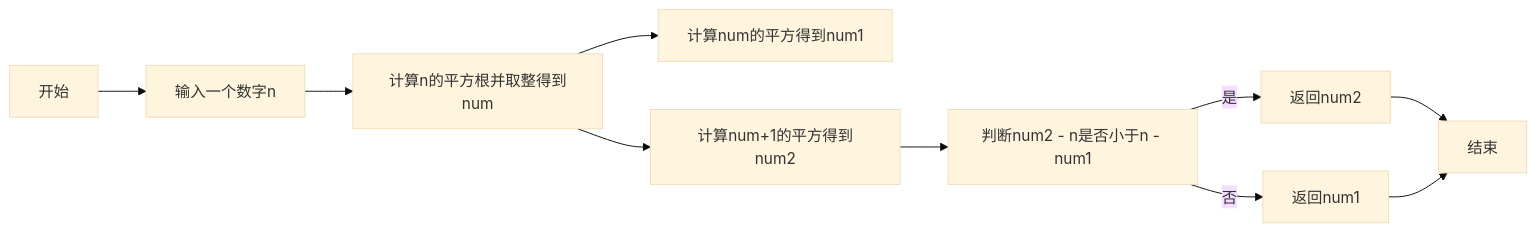
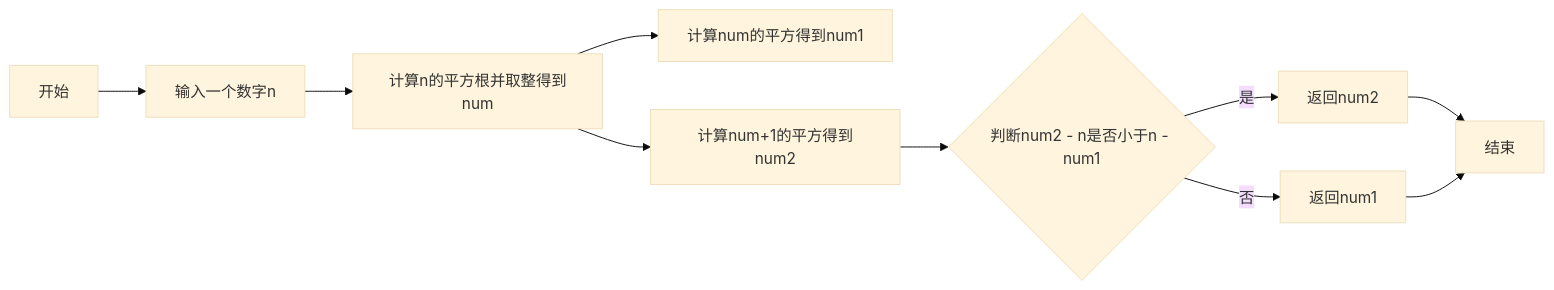
One commit to lechen20/Python_course changed the first of 3 diagrams in python_course/Experiments/experiment2.md. Above: the diagram before and after it, drawn with Mermaid (base theme).

````diff
--- a/python_course/Experiments/experiment2.md
+++ b/python_course/Experiments/experiment2.md
@@ -196,13 +196,13 @@
 ```mermaid  
 flowchart LR
 A[开始] --> B[输入一个数字n]
 B --> C[计算n的平方根并取整得到num]
 C --> D[计算num的平方得到num1]
 C --> E[计算num+1的平方得到num2]
-E --> F[判断num2 - n是否小于n - num1]
+E --> F{判断num2 - n是否小于n - num1}
 F --> |是| G[返回num2]
 F --> |否| H[返回num1]
 G --> I[结束]
 H --> I
 
 ```  
````
